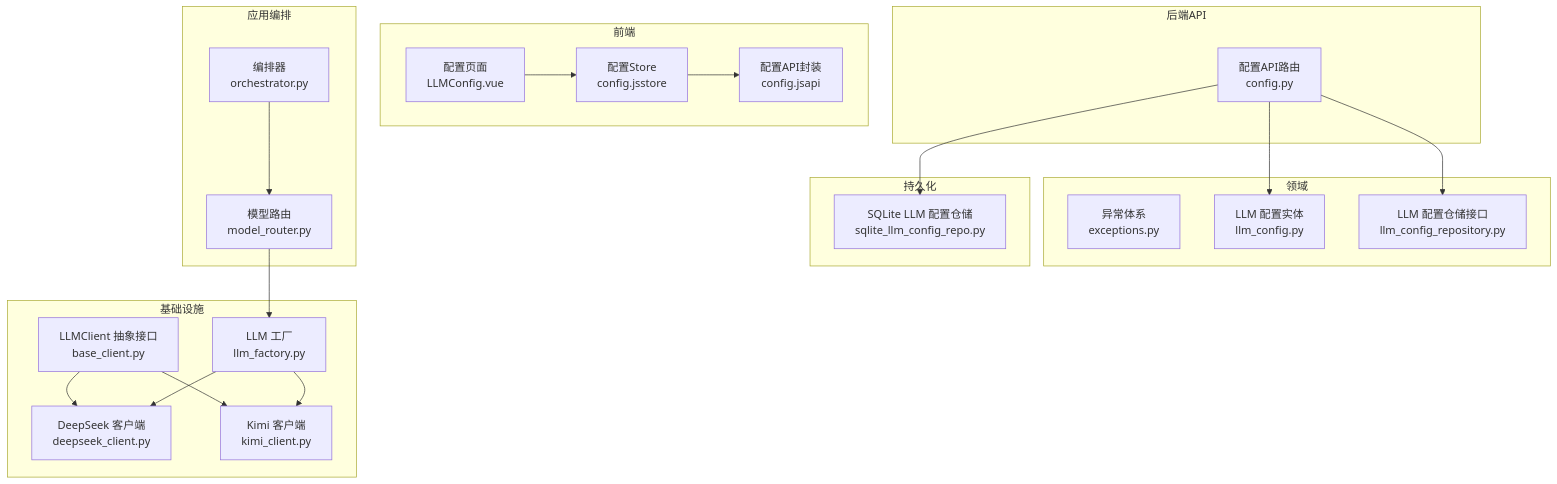
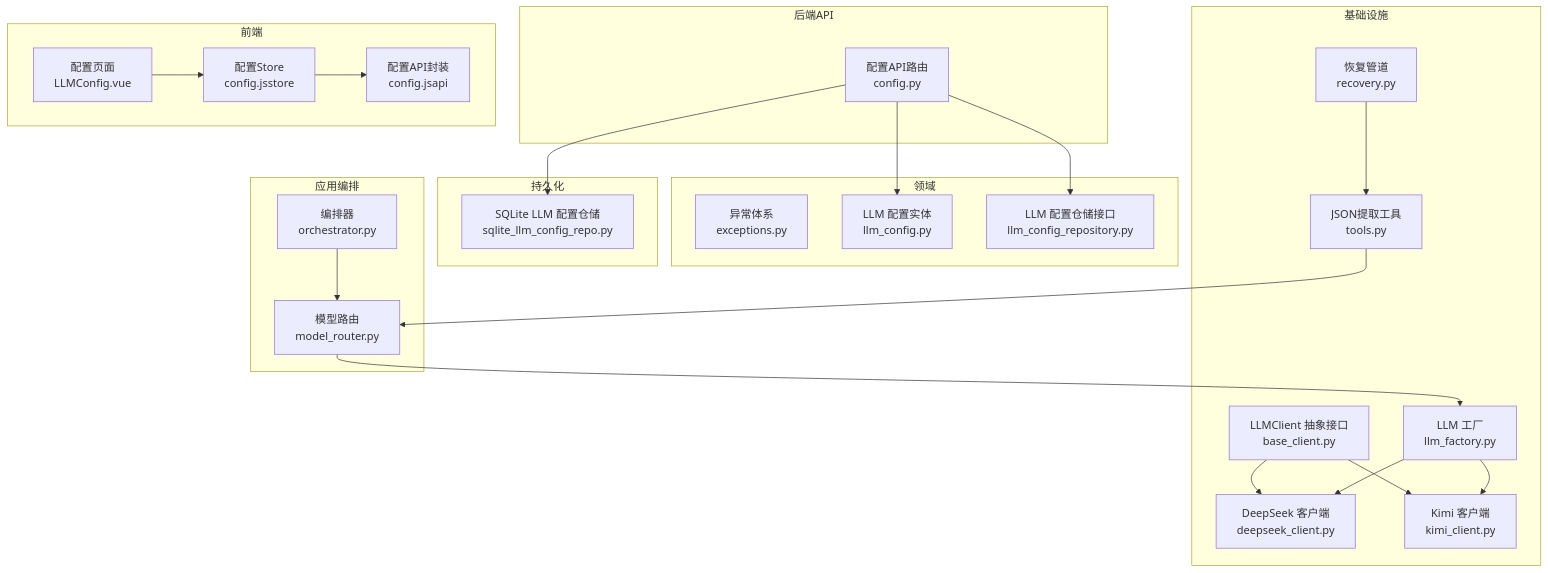
The first of 8 diagrams in .qoder/repowiki/zh/content/AI模型集成/AI模型集成.md (octsfm/InkTrace), drawn with Mermaid before and after one commit. The commit also changed other lines of this file and 25 other files, not shown here.

````diff
--- a/.qoder/repowiki/zh/content/AI模型集成/AI模型集成.md
+++ b/.qoder/repowiki/zh/content/AI模型集成/AI模型集成.md
@@ -46,40 +51,44 @@
 ```mermaid
 graph TB
 subgraph "基础设施"
 BC["LLMClient 抽象接口<br/>base_client.py"]
 DS["DeepSeek 客户端<br/>deepseek_client.py"]
 KM["Kimi 客户端<br/>kimi_client.py"]
 F["LLM 工厂<br/>llm_factory.py"]
+ENDP["JSON提取工具<br/>tools.py"]
+RP["恢复管道<br/>recovery.py"]
 end
 subgraph "领域"
 EX["异常体系<br/>exceptions.py"]
 EC["LLM 配置实体<br/>llm_config.py"]
 ER["LLM 配置仓储接口<br/>llm_config_repository.py"]
 end
 subgraph "持久化"
 SR["SQLite LLM 配置仓储<br/>sqlite_llm_config_repo.py"]
 end
 subgraph "后端API"
 CFG["配置API路由<br/>config.py"]
 end
 subgraph "前端"
 FEV["配置页面<br/>LLMConfig.vue"]
 FES["配置Store<br/>config.jsstore"]
 FEA["配置API封装<br/>config.jsapi"]
 end
 subgraph "应用编排"
 MR["模型路由<br/>model_router.py"]
 ORCH["编排器<br/>orchestrator.py"]
 end
 BC --> DS
 BC --> KM
 F --> DS
 F --> KM
 CFG --> SR
 CFG --> EC
 CFG --> ER
 FEV --> FES
 FES --> FEA
 MR --> F
 ORCH --> MR
+ENDP --> MR
+RP --> ENDP
 ```
````
